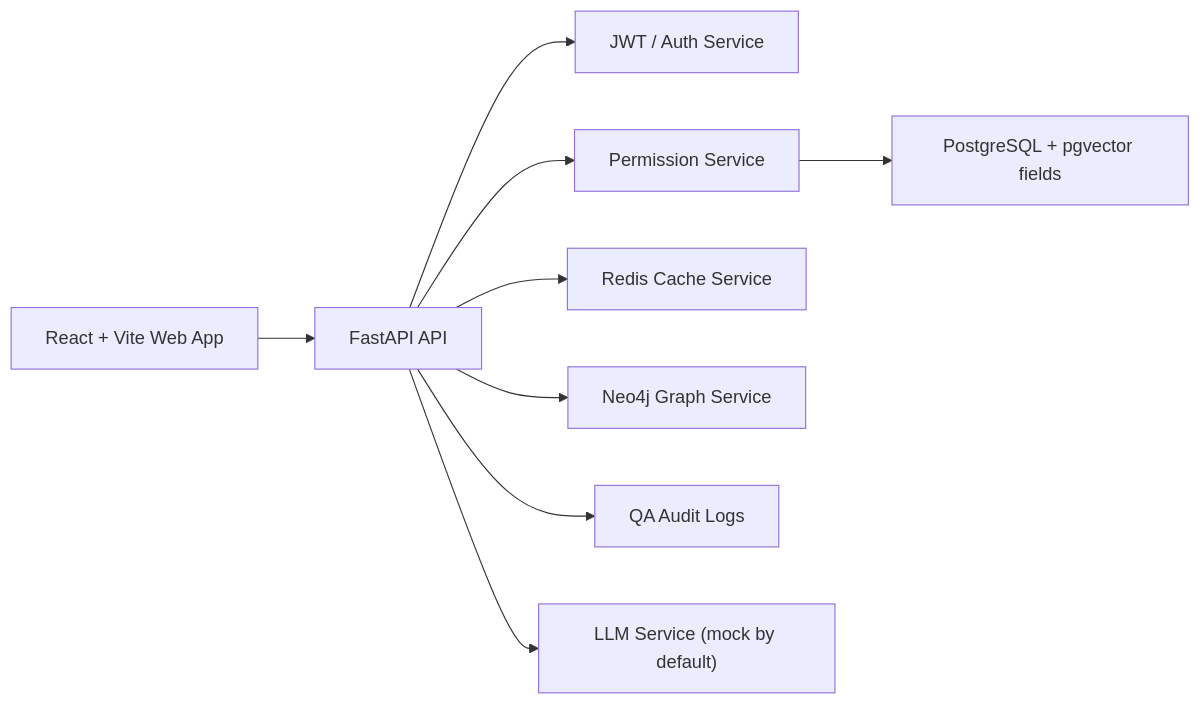
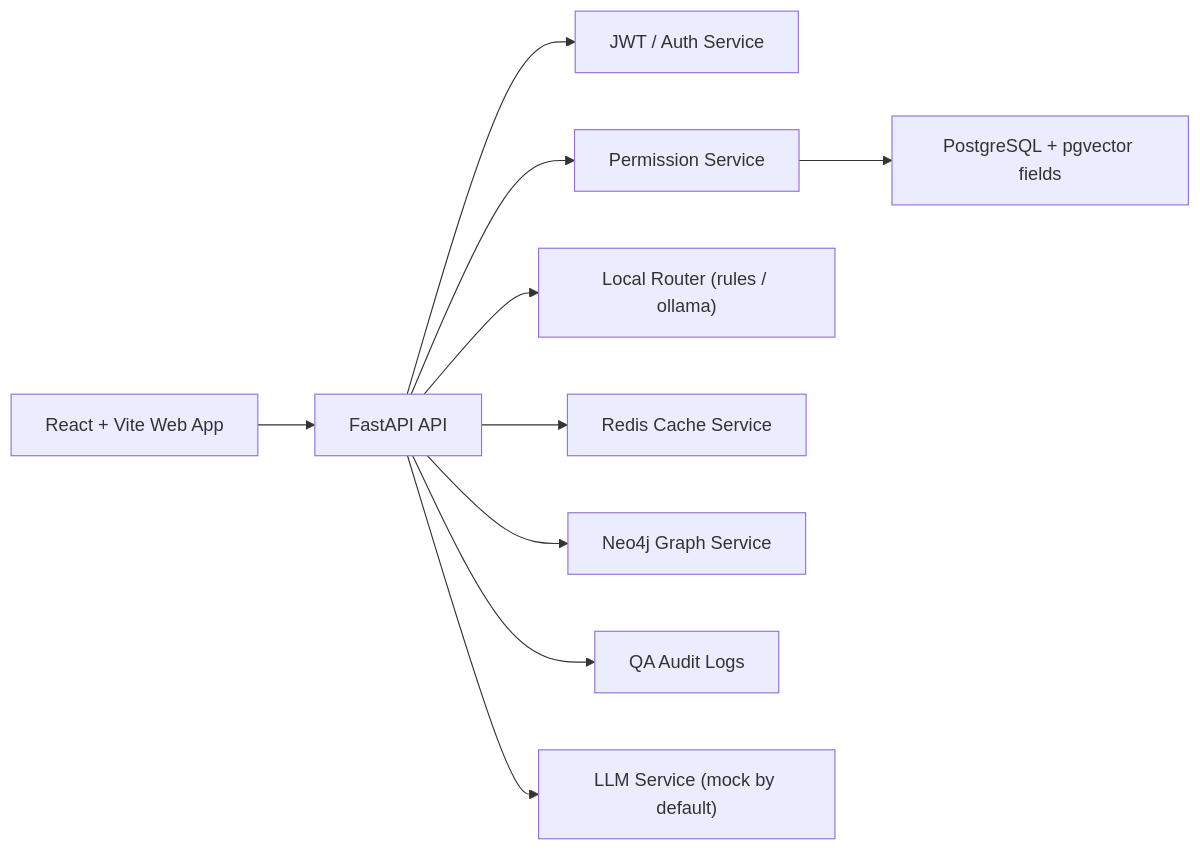
One commit to jimzhou03/permission-aware-enterprise-graphrag changed the diagram in README.md. Above: the diagram before and after it, drawn with Mermaid. The commit also changed other lines of this file and 16 other files, not shown here.

Commit message:
feat(router): add Ollama local router with safe fallback

````diff
--- a/README.md
+++ b/README.md
@@ -20,11 +21,12 @@
 ```mermaid
 flowchart LR
     Web["React + Vite Web App"] --> API["FastAPI API"]
     API --> Auth["JWT / Auth Service"]
     API --> Perm["Permission Service"]
     Perm --> PG["PostgreSQL + pgvector fields"]
+    API --> Router["Local Router (rules / ollama)"]
     API --> Cache["Redis Cache Service"]
     API --> Graph["Neo4j Graph Service"]
     API --> Audit["QA Audit Logs"]
     API --> LLM["LLM Service (mock by default)"]
 ```
````
